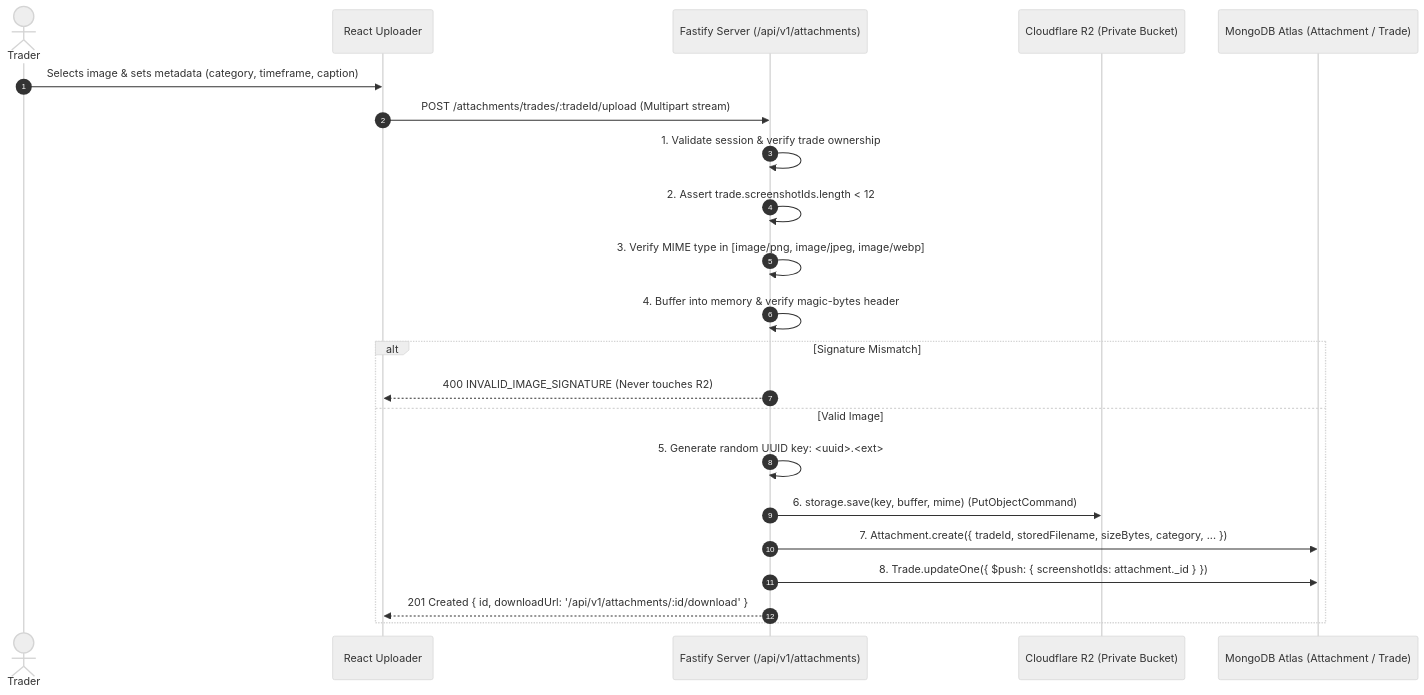
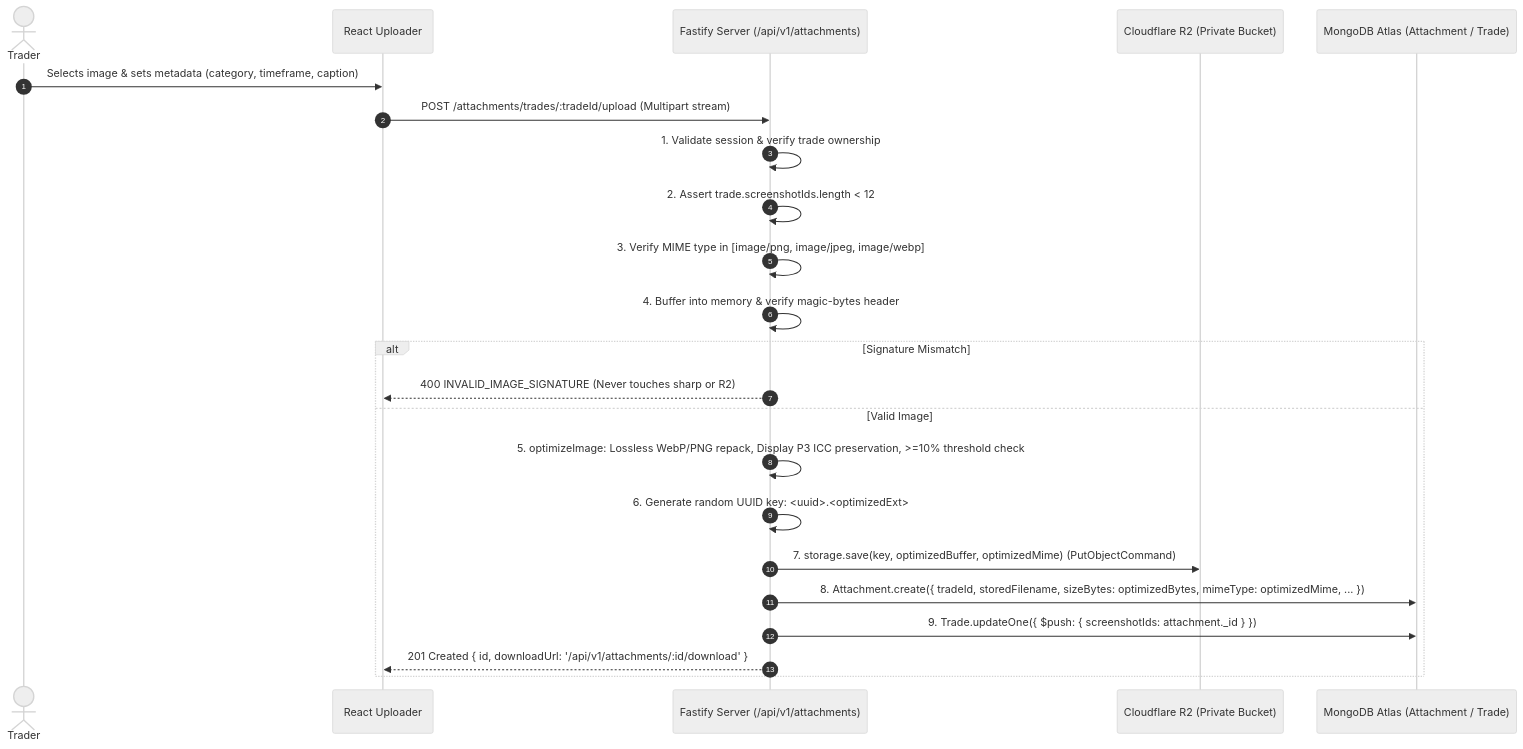
The diagram in docs/FILE_STORAGE_AND_ATTACHMENTS.md (Rohsh00/SetupMint), drawn with Mermaid (neutral theme) before and after one commit. The commit also changed other lines of this file and 12 other files, not shown here.

Commit message:
feat(storage): server-side lossless image optimization for chart screenshot uploads

````diff
--- a/docs/FILE_STORAGE_AND_ATTACHMENTS.md
+++ b/docs/FILE_STORAGE_AND_ATTACHMENTS.md
@@ -38,25 +38,26 @@
 ```mermaid
 sequenceDiagram
     autonumber
     actor Trader
     participant Browser as React Uploader
     participant Fastify as Fastify Server (/api/v1/attachments)
     participant R2 as Cloudflare R2 (Private Bucket)
     participant DB as MongoDB Atlas (Attachment / Trade)
 
     Trader->>Browser: Selects image & sets metadata (category, timeframe, caption)
     Browser->>Fastify: POST /attachments/trades/:tradeId/upload (Multipart stream)
     Fastify->>Fastify: 1. Validate session & verify trade ownership
     Fastify->>Fastify: 2. Assert trade.screenshotIds.length < 12
     Fastify->>Fastify: 3. Verify MIME type in [image/png, image/jpeg, image/webp]
     Fastify->>Fastify: 4. Buffer into memory & verify magic-bytes header
     alt Signature Mismatch
-        Fastify-->>Browser: 400 INVALID_IMAGE_SIGNATURE (Never touches R2)
+        Fastify-->>Browser: 400 INVALID_IMAGE_SIGNATURE (Never touches sharp or R2)
     else Valid Image
-        Fastify->>Fastify: 5. Generate random UUID key: <uuid>.<ext>
-        Fastify->>R2: 6. storage.save(key, buffer, mime) (PutObjectCommand)
-        Fastify->>DB: 7. Attachment.create({ tradeId, storedFilename, sizeBytes, category, ... })
-        Fastify->>DB: 8. Trade.updateOne({ $push: { screenshotIds: attachment._id } })
+        Fastify->>Fastify: 5. optimizeImage: Lossless WebP/PNG repack, Display P3 ICC preservation, >=10% threshold check
+        Fastify->>Fastify: 6. Generate random UUID key: <uuid>.<optimizedExt>
+        Fastify->>R2: 7. storage.save(key, optimizedBuffer, optimizedMime) (PutObjectCommand)
+        Fastify->>DB: 8. Attachment.create({ tradeId, storedFilename, sizeBytes: optimizedBytes, mimeType: optimizedMime, ... })
+        Fastify->>DB: 9. Trade.updateOne({ $push: { screenshotIds: attachment._id } })
         Fastify-->>Browser: 201 Created { id, downloadUrl: '/api/v1/attachments/:id/download' }
     end
 ```
````
